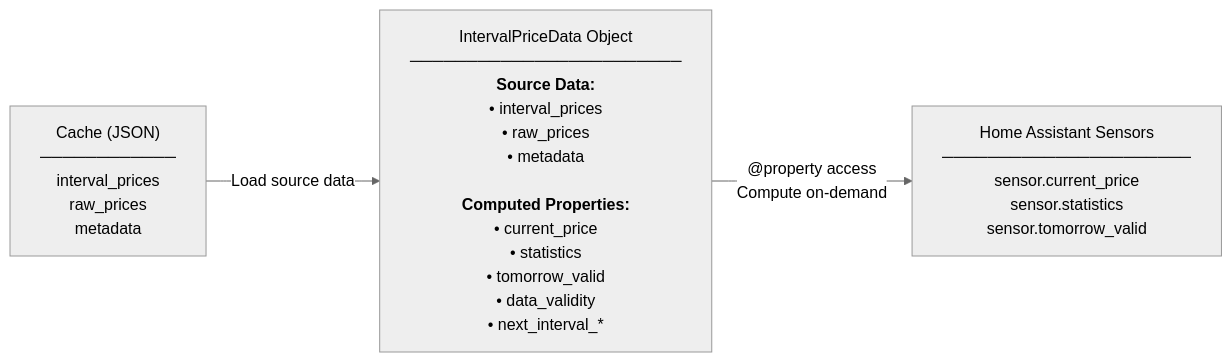
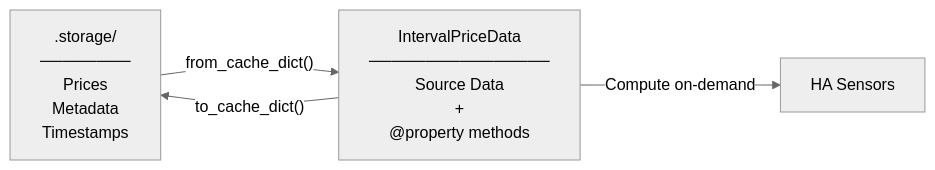
Before and after one commit to enoch85/ge-spot: the diagram in docs/cache_compute_on_demand.md, drawn with Mermaid (neutral theme). The commit also changed other lines of this file and 2 other files, not shown here.

````diff
--- a/docs/cache_compute_on_demand.md
+++ b/docs/cache_compute_on_demand.md
@@ -9,11 +7,6 @@
 ```mermaid
 flowchart LR
-    Cache["Cache (JSON)<br/>────────────<br/>interval_prices<br/>raw_prices<br/>metadata"]
-    
-    IPD["IntervalPriceData Object<br/>────────────────────────<br/><b>Source Data:</b><br/>• interval_prices<br/>• raw_prices<br/>• metadata<br/><br/><b>Computed Properties:</b><br/>• current_price<br/>• statistics<br/>• tomorrow_valid<br/>• data_validity<br/>• next_interval_*"]
-    
-    Sensors["Home Assistant Sensors<br/>──────────────────────<br/>sensor.current_price<br/>sensor.statistics<br/>sensor.tomorrow_valid"]
-    
-    Cache -->|"Load source data"| IPD
-    IPD -->|"@property access<br/>Compute on-demand"| Sensors
+    Cache[".storage/<br/>────────<br/>Prices<br/>Metadata<br/>Timestamps"] -->|"from_cache_dict()"| IPD["IntervalPriceData<br/>────────────────<br/>Source Data<br/>+<br/>@property methods"]
+    IPD -->|"Compute on-demand"| Sensors["HA Sensors"]
+    IPD -->|"to_cache_dict()"| Cache
 ```
````
